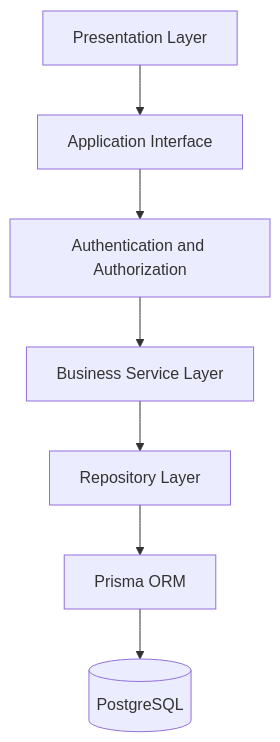
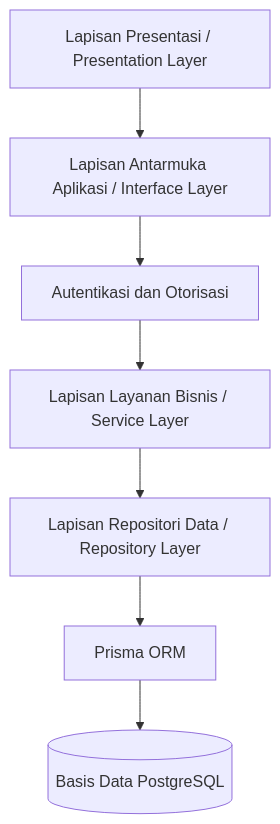
The second of 10 diagrams in docs/architecture.md (ZyxxBoy/cashierflow), drawn with Mermaid before and after one commit. The commit also changed other lines of this file and 7 other files, not shown here.

````diff
--- a/docs/architecture.md
+++ b/docs/architecture.md
@@ -124,17 +118,17 @@
 ```mermaid
 flowchart TD
-    PRESENTATION[Presentation Layer]
-    INTERFACE[Application Interface]
-    SECURITY[Authentication and Authorization]
-    BUSINESS[Business Service Layer]
-    DATA[Repository Layer]
+    PRESENTATION[Lapisan Presentasi / Presentation Layer]
+    INTERFACE[Lapisan Antarmuka Aplikasi / Interface Layer]
+    SECURITY[Autentikasi dan Otorisasi]
+    BUSINESS[Lapisan Layanan Bisnis / Service Layer]
+    DATA[Lapisan Repositori Data / Repository Layer]
     PRISMA[Prisma ORM]
-    DATABASE[(PostgreSQL)]
+    DATABASE[(Basis Data PostgreSQL)]
 
     PRESENTATION --> INTERFACE
     INTERFACE --> SECURITY
     SECURITY --> BUSINESS
     BUSINESS --> DATA
     DATA --> PRISMA
     PRISMA --> DATABASE
 ```
````
